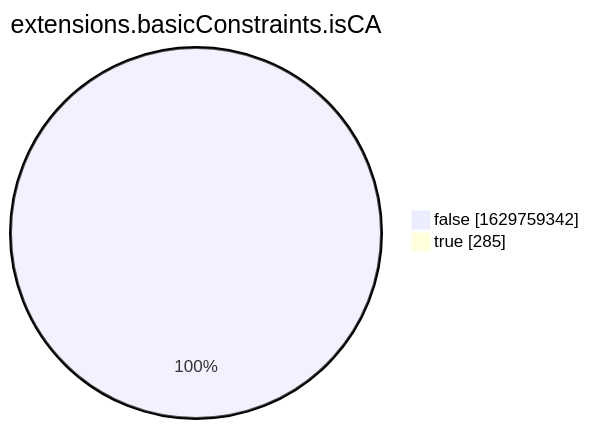
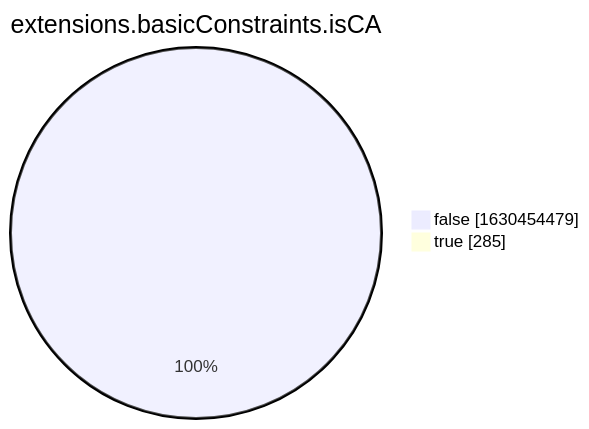
The eighth of 15 diagrams in xenon2022/README.md (christiankrug/ctmonitor_visualization), drawn with Mermaid before and after one commit. The commit also changed other lines of this file, not shown here.

````diff
--- a/xenon2022/README.md
+++ b/xenon2022/README.md
@@ -2863,6 +2863,6 @@
 ```mermaid
 pie showData
 title extensions.basicConstraints.isCA
-"false" :1629759342
+"false" :1630454479
 "true" :285
 ```
````
